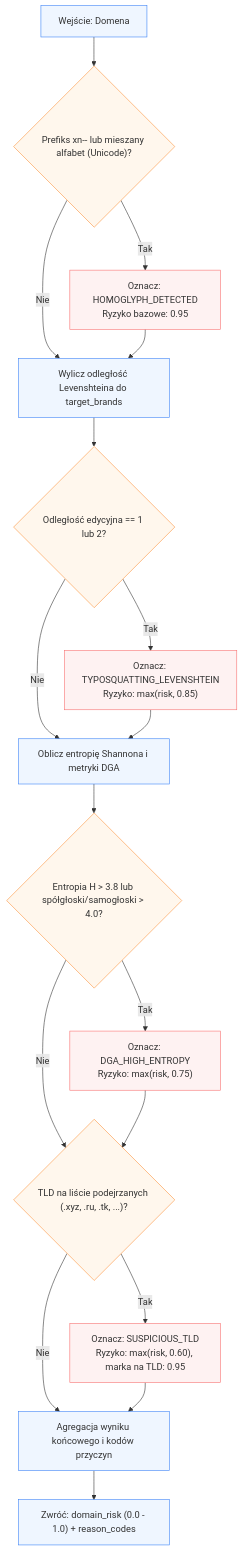
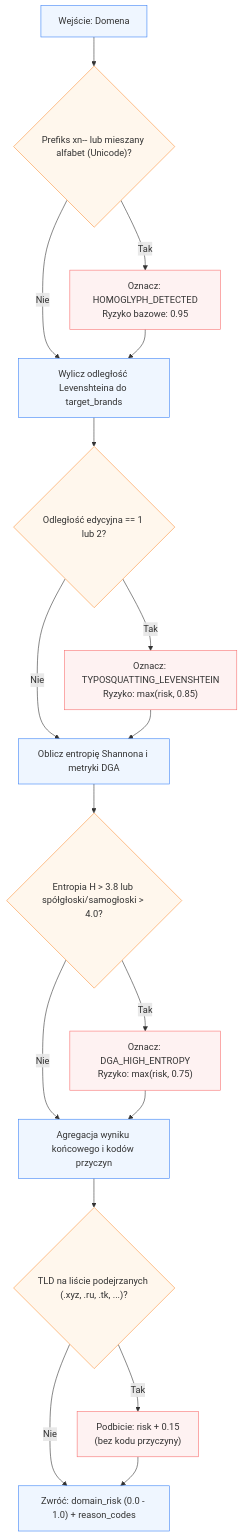
The diagram in architecture/modules/domain_analyzer.md (w-hyla/Teleprzyjaciele_IBM_Z_Datathon_2026_Project), drawn with Mermaid before and after one commit. The commit also changed other lines of this file and 3 other files, not shown here.

First line of the commit message:
domain_analyzer: suspicious TLD as risk boost instead of reason code

````diff
--- a/architecture/modules/domain_analyzer.md
+++ b/architecture/modules/domain_analyzer.md
@@ -31,30 +31,30 @@
 ```mermaid
 flowchart TD
     A["Wejście: Domena"] --> B{"Prefiks xn-- lub mieszany alfabet (Unicode)?"}
     B -- Tak --> C["Oznacz: HOMOGLYPH_DETECTED<br/>Ryzyko bazowe: 0.95"]
     B -- Nie --> D["Wylicz odległość Levenshteina do target_brands"]
     
     C --> D
     
     D --> E{"Odległość edycyjna == 1 lub 2?"}
     E -- Tak --> F["Oznacz: TYPOSQUATTING_LEVENSHTEIN<br/>Ryzyko: max(risk, 0.85)"]
     E -- Nie --> G["Oblicz entropię Shannona i metryki DGA"]
     
     F --> G
     
     G --> H{"Entropia H > 3.8 lub spółgłoski/samogłoski > 4.0?"}
     H -- Tak --> I["Oznacz: DGA_HIGH_ENTROPY<br/>Ryzyko: max(risk, 0.75)"]
-    H -- Nie --> T{"TLD na liście podejrzanych (.xyz, .ru, .tk, ...)?"}
-    I --> T
-    T -- Tak --> U["Oznacz: SUSPICIOUS_TLD<br/>Ryzyko: max(risk, 0.60), marka na TLD: 0.95"]
-    T -- Nie --> J["Agregacja wyniku końcowego i kodów przyczyn"]
-    U --> J
-    J --> K["Zwróć: domain_risk (0.0 - 1.0) + reason_codes"]
+    H -- Nie --> J["Agregacja wyniku końcowego i kodów przyczyn"]
+    I --> J
+    J --> T{"TLD na liście podejrzanych (.xyz, .ru, .tk, ...)?"}
+    T -- Tak --> U["Podbicie: risk + 0.15<br/>(bez kodu przyczyny)"]
+    T -- Nie --> K["Zwróć: domain_risk (0.0 - 1.0) + reason_codes"]
+    U --> K
 
     classDef alert fill:#fef2f2,stroke:#f87171
     classDef step fill:#eff6ff,stroke:#3b82f6
     classDef check fill:#fff7ed,stroke:#fb923c
     class C,F,I,U alert
     class A,D,G,J,K step
     class B,E,H,T check
 ```
````
